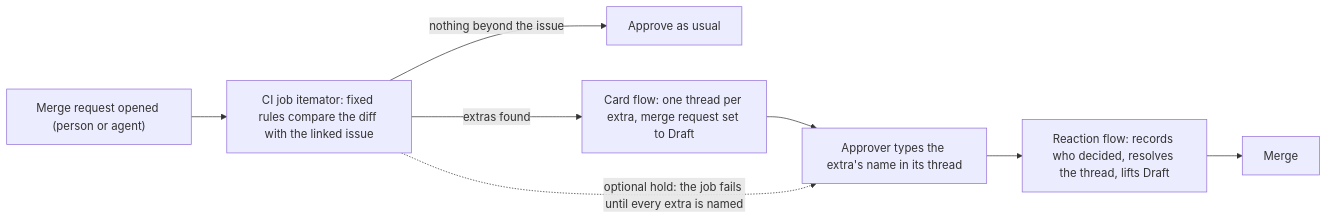
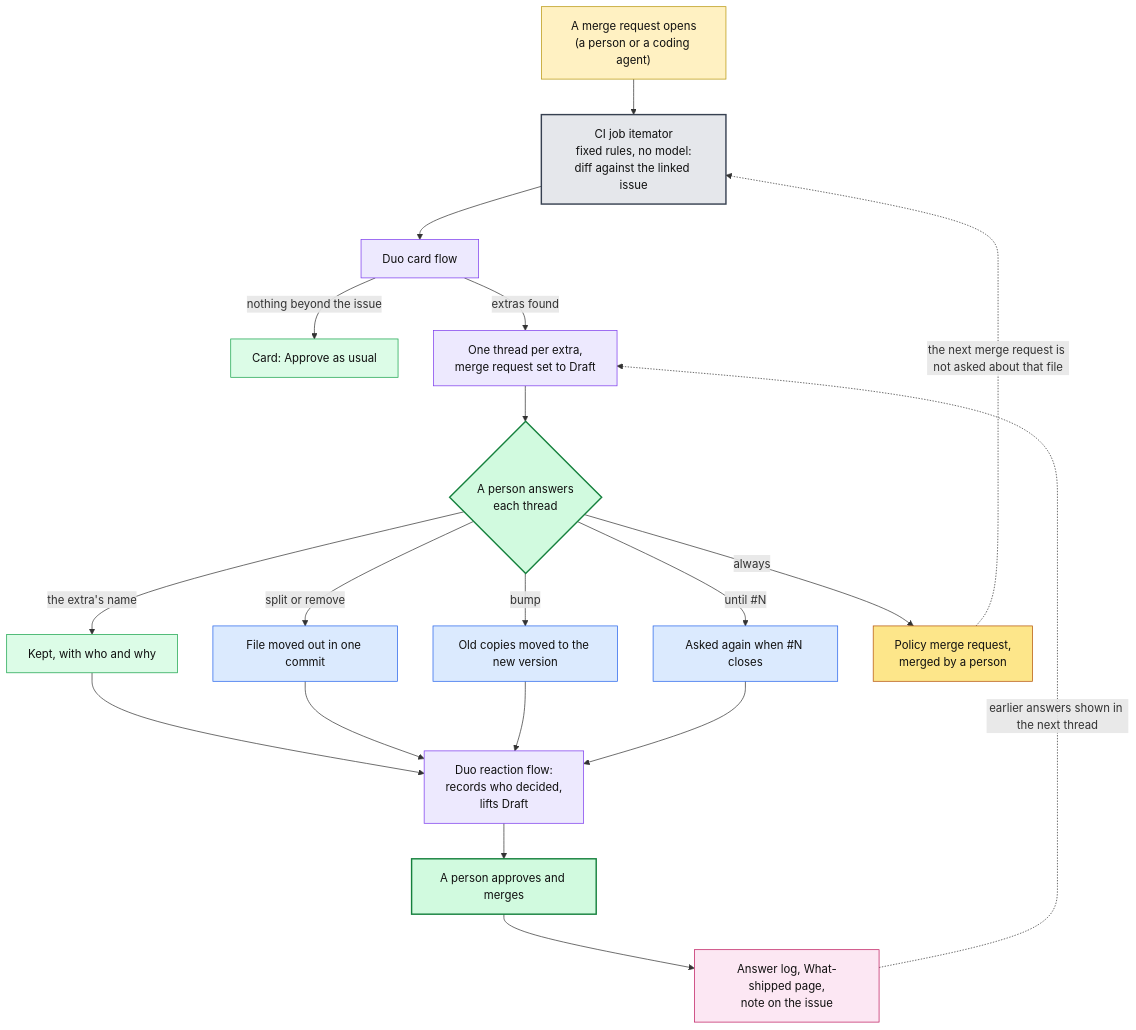
One commit to Anbu-00001/Itemator changed the third of 3 diagrams in README.md. Above: the diagram before and after it, drawn with Mermaid. The commit also changed other lines of this file and 4 other files, not shown here.

````diff
--- a/README.md
+++ b/README.md
@@ -102,10 +170,26 @@
 ```mermaid
-flowchart LR
-  A["Merge request opened (person or agent)"] --> B["CI job itemator: fixed rules compare the diff with the linked issue"]
-  B -->|"nothing beyond the issue"| C["Approve as usual"]
-  B -->|"extras found"| D["Card flow: one thread per extra, merge request set to Draft"]
-  D --> E["Approver types the extra's name in its thread"]
-  E --> F["Reaction flow: records who decided, resolves the thread, lifts Draft"]
-  F --> G["Merge"]
-  B -. "optional hold: the job fails until every extra is named" .-> E
+flowchart TB
+  A["A merge request opens<br/>(a person or a coding agent)"]:::mr --> B["CI job itemator<br/>fixed rules, no model:<br/>diff against the linked issue"]:::rules
+  B --> D["Duo card flow"]:::duo
+  D -->|"nothing beyond the issue"| C["Card: Approve as usual"]:::ok
+  D -->|"extras found"| E["One thread per extra,<br/>merge request set to Draft"]:::duo
+  E --> Q{"A person answers<br/>each thread"}:::person
+  Q -->|"the extra's name"| K["Kept, with who and why"]:::ok
+  Q -->|"split or remove"| S["File moved out in one commit"]:::fix
+  Q -->|"bump"| U["Old copies moved to the new version"]:::fix
+  Q -->|"until #N"| N["Asked again when #N closes"]:::fix
+  Q -->|"always"| P["Policy merge request,<br/>merged by a person"]:::policy
+  K & S & U & N --> F["Duo reaction flow:<br/>records who decided,<br/>lifts Draft"]:::duo
+  F --> G["A person approves and merges"]:::person
+  G --> L["Answer log, What-shipped page,<br/>note on the issue"]:::log
+  P -. "the next merge request is not asked about that file" .-> B
+  L -. "earlier answers shown in the next thread" .-> E
+  classDef mr fill:#fff1c2,stroke:#b7950b,color:#111
+  classDef rules fill:#e5e7eb,stroke:#374151,color:#111,stroke-width:2px
+  classDef duo fill:#ede9fe,stroke:#7c3aed,color:#111
+  classDef person fill:#d1fadf,stroke:#15803d,color:#111,stroke-width:2px
+  classDef ok fill:#dcfce7,stroke:#16a34a,color:#111
+  classDef fix fill:#dbeafe,stroke:#2563eb,color:#111
+  classDef policy fill:#fde68a,stroke:#b45309,color:#111
+  classDef log fill:#fce7f3,stroke:#be185d,color:#111
 ```
````
